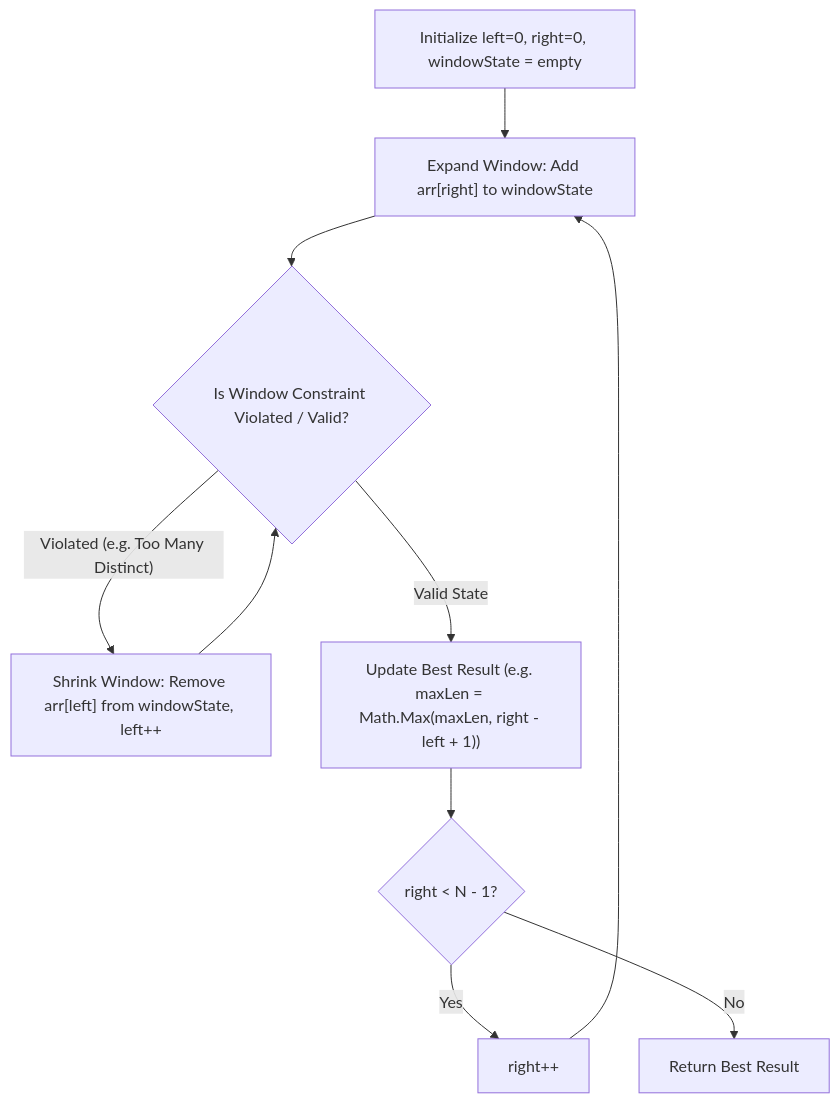
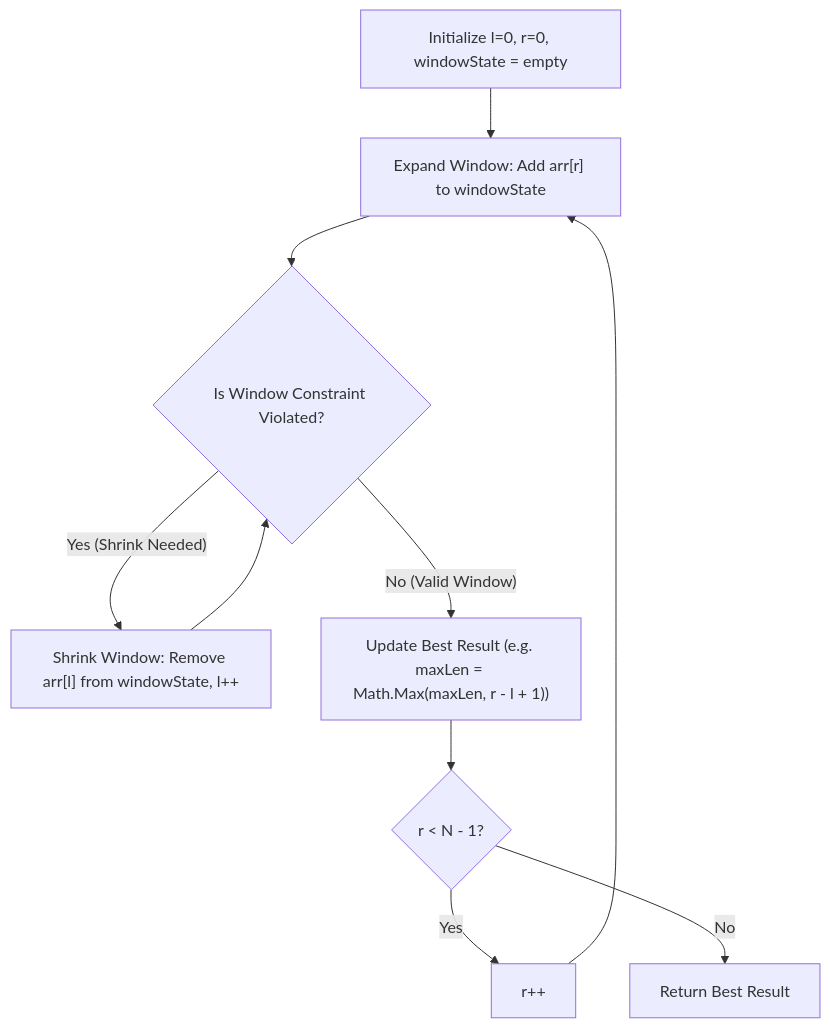
The second of 8 diagrams in md/Volume-1-DSA-Logical-Thinking.md (i-m-akshat/Senior-DotNet-Developer-Roadmap), drawn with Mermaid before and after one commit. The commit also changed other lines of this file and 1 other file, not shown here.

Commit message:
feat(dsa): reorganize all problems into dedicated pattern-based chapters (Two Pointers, Sliding Window, Fast-Slow, Searching, Sorting, etc.)

````diff
--- a/md/Volume-1-DSA-Logical-Thinking.md
+++ b/md/Volume-1-DSA-Logical-Thinking.md
@@ -1750,14 +1059,14 @@
 ```mermaid
 flowchart TD
-    Start["Initialize left=0, right=0, windowState = empty"] --> ExpandRight["Expand Window: Add arr[right] to windowState"]
-    ExpandRight --> ValidateCondition{"Is Window Constraint Violated / Valid?"}
+    Start["Initialize l=0, r=0, windowState = empty"] --> ExpandRight["Expand Window: Add arr[r] to windowState"]
+    ExpandRight --> ValidateCondition{"Is Window Constraint Violated?"}
     
-    ValidateCondition -- "Violated (e.g. Too Many Distinct)" --> ShrinkLeft["Shrink Window: Remove arr[left] from windowState, left++"]
+    ValidateCondition -- "Yes (Shrink Needed)" --> ShrinkLeft["Shrink Window: Remove arr[l] from windowState, l++"]
     ShrinkLeft --> ValidateCondition
     
-    ValidateCondition -- "Valid State" --> UpdateOptimal["Update Best Result (e.g. maxLen = Math.Max(maxLen, right - left + 1))"]
-    UpdateOptimal --> CheckEnd{"right < N - 1?"}
-    CheckEnd -- Yes --> IncRight["right++"]
+    ValidateCondition -- "No (Valid Window)" --> UpdateOptimal["Update Best Result (e.g. maxLen = Math.Max(maxLen, r - l + 1))"]
+    UpdateOptimal --> CheckEnd{"r < N - 1?"}
+    CheckEnd -- Yes --> IncRight["r++"]
     IncRight --> ExpandRight
     CheckEnd -- No --> Done["Return Best Result"]
 ```
````
